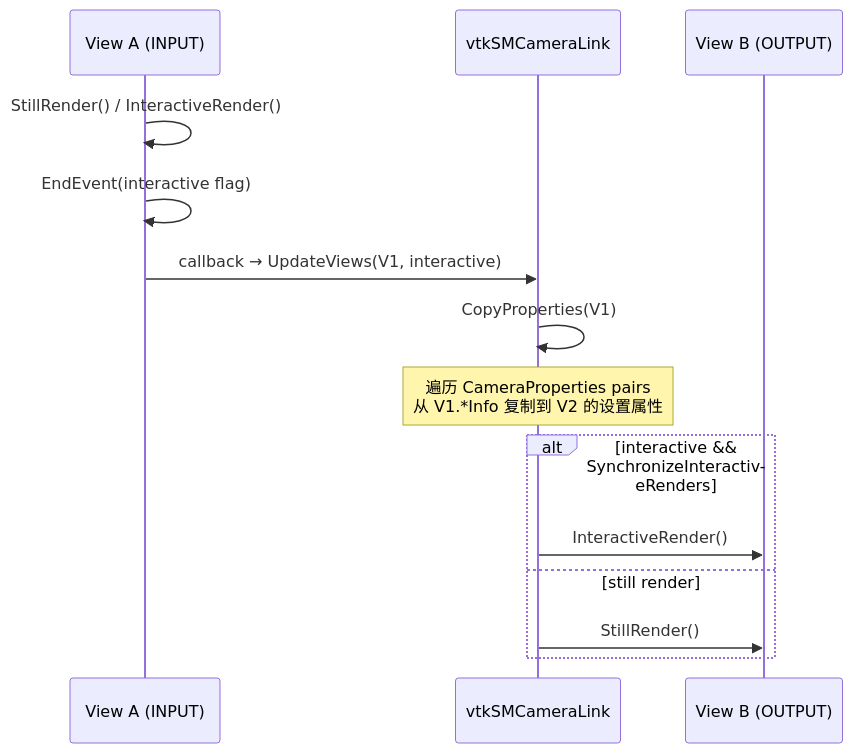
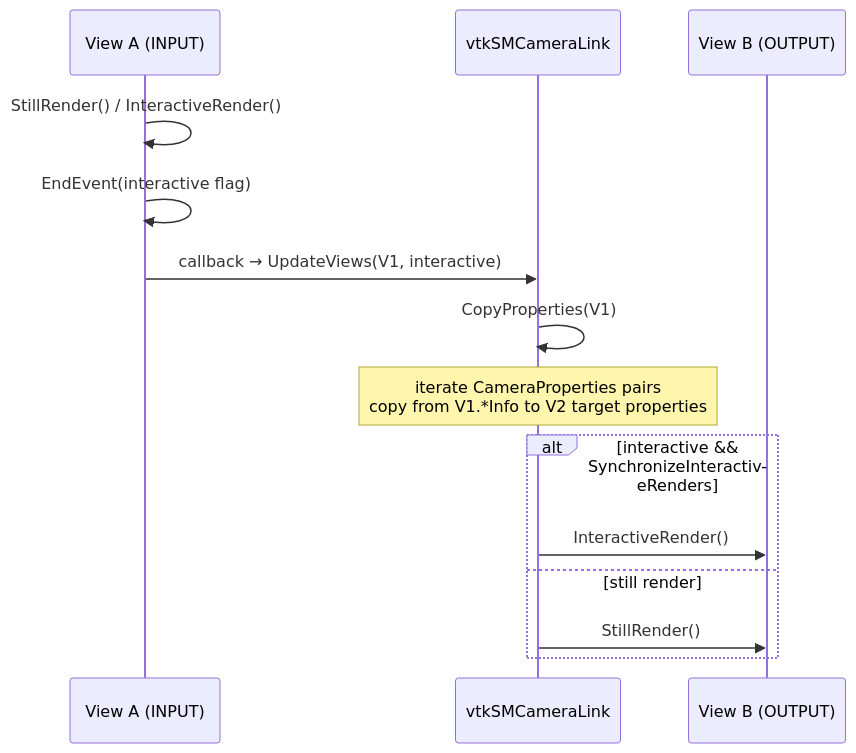
One commit to Asher-1/ACloudViewer changed the seventh of 10 diagrams in docs/user-guide/multi-window-paradigms-CloudCompare-ParaView.md. Above: the diagram before and after it, drawn with Mermaid. The commit also changed other lines of this file and 74 other files, not shown here.

````diff
--- a/docs/user-guide/multi-window-paradigms-CloudCompare-ParaView.md
+++ b/docs/user-guide/multi-window-paradigms-CloudCompare-ParaView.md
@@ -493,17 +493,17 @@
 ```mermaid
 sequenceDiagram
   participant V1 as View A (INPUT)
   participant CL as vtkSMCameraLink
   participant V2 as View B (OUTPUT)
 
   V1->>V1: StillRender() / InteractiveRender()
   V1->>V1: EndEvent(interactive flag)
   V1->>CL: callback → UpdateViews(V1, interactive)
   CL->>CL: CopyProperties(V1)
-  Note over CL: 遍历 CameraProperties pairs<br/>从 V1.*Info 复制到 V2 的设置属性
+  Note over CL: iterate CameraProperties pairs<br/>copy from V1.*Info to V2 target properties
   alt interactive && SynchronizeInteractiveRenders
     CL->>V2: InteractiveRender()
   else still render
     CL->>V2: StillRender()
   end
 ```
````
